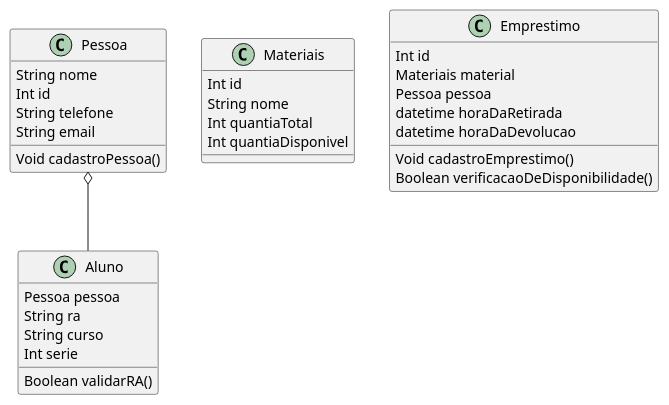
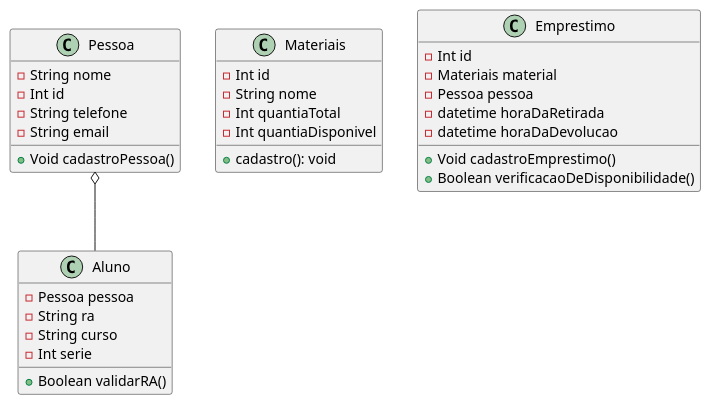
The diagram in diagramaDeClasse.puml (danielalvesmoura/APS-Compartilhado), drawn with PlantUML before and after one commit.

```diff
--- a/diagramaDeClasse.puml
+++ b/diagramaDeClasse.puml
@@ -1,41 +1,44 @@
 @startuml   
 
 class "Pessoa" as pes{
-    String nome
-    Int id
-    String telefone
-    String email
+    -String nome
+    -Int id
+    -String telefone
+    -String email
 
-    Void cadastroPessoa()
+    +Void cadastroPessoa()
 }
  
 class "Aluno" as alu{
-    Pessoa pessoa
-    String ra
-    String curso
-    Int serie
-    Boolean validarRA()
+    -Pessoa pessoa
+    -String ra
+    -String curso
+    -Int serie
+
+    +Boolean validarRA()
 }
 
 class "Materiais" as mat{
-    Int id
-    String nome
-    Int quantiaTotal
-    Int quantiaDisponivel
+    -Int id
+    -String nome
+    -Int quantiaTotal
+    -Int quantiaDisponivel
+
+    +cadastro(): void
 }
 
 class "Emprestimo" as emp{
-    Int id
-    Materiais material
-    Pessoa pessoa
-    datetime horaDaRetirada
-    datetime horaDaDevolucao
+    -Int id
+    -Materiais material
+    -Pessoa pessoa
+    -datetime horaDaRetirada
+    -datetime horaDaDevolucao
 
-    Void cadastroEmprestimo()
-    Boolean verificacaoDeDisponibilidade()
+    +Void cadastroEmprestimo()
+    +Boolean verificacaoDeDisponibilidade()
 }
 
 pes o-- alu
 
 
 @enduml
```
